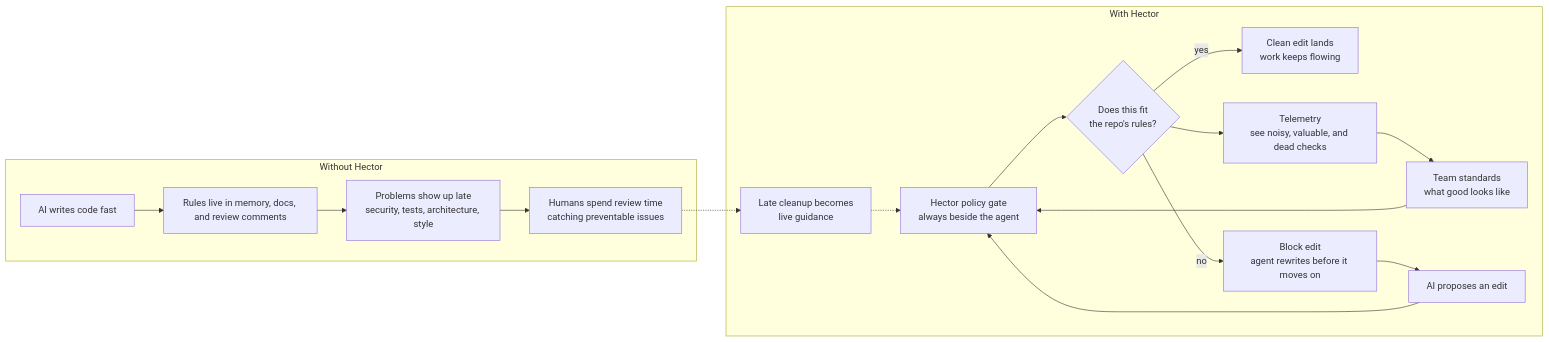
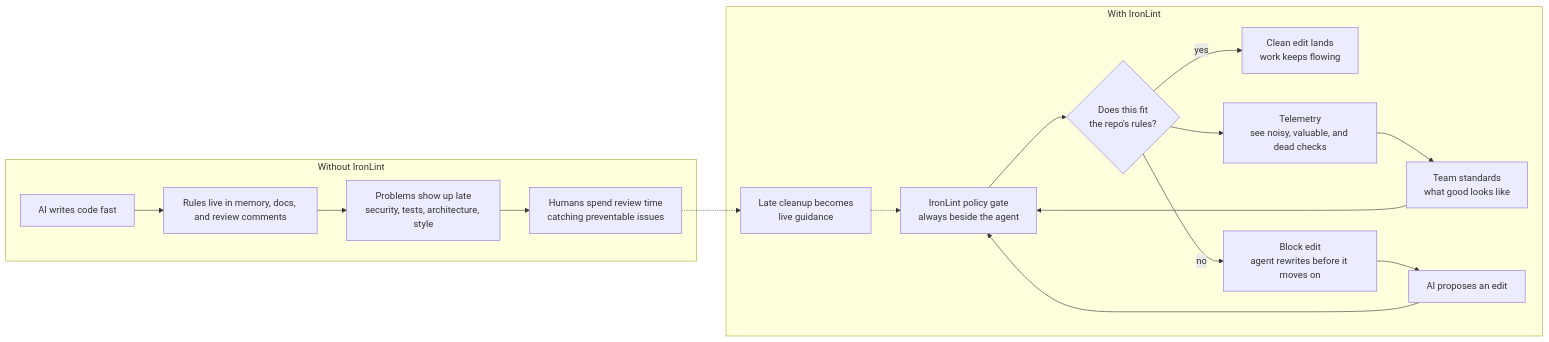
The diagram in docs/visual-elevator-pitch.md (christopherarter/hector), drawn with Mermaid before and after one commit. The commit also changed other lines of this file and 297 other files, not shown here.

First line of the commit message:
rename: Hector → IronLint across the entire project

````diff
--- a/docs/visual-elevator-pitch.md
+++ b/docs/visual-elevator-pitch.md
@@ -5,34 +5,34 @@
 ```mermaid
 flowchart LR
-    subgraph Without["Without Hector"]
+    subgraph Without["Without IronLint"]
         Speed["AI writes code fast"]
         Drift["Rules live in memory, docs, and review comments"]
         Late["Problems show up late<br/>security, tests, architecture, style"]
         Rework["Humans spend review time<br/>catching preventable issues"]
 
         Speed --> Drift --> Late --> Rework
     end
 
-    subgraph With["With Hector"]
+    subgraph With["With IronLint"]
         Intent["Team standards<br/>what good looks like"]
-        Gate["Hector policy gate<br/>always beside the agent"]
+        Gate["IronLint policy gate<br/>always beside the agent"]
         Proposed["AI proposes an edit"]
         Check{"Does this fit<br/>the repo's rules?"}
         Clean["Clean edit lands<br/>work keeps flowing"]
         Block["Block edit<br/>agent rewrites before it moves on"]
         Signal["Telemetry<br/>see noisy, valuable, and dead checks"]
         Bridge["Late cleanup becomes<br/>live guidance"]
 
         Intent --> Gate
         Proposed --> Gate
         Gate --> Check
         Check -->|yes| Clean
         Check -->|no| Block
         Block --> Proposed
         Check --> Signal
         Signal --> Intent
     end
 
     Rework -.-> Bridge
     Bridge -.-> Gate
 ```
````
